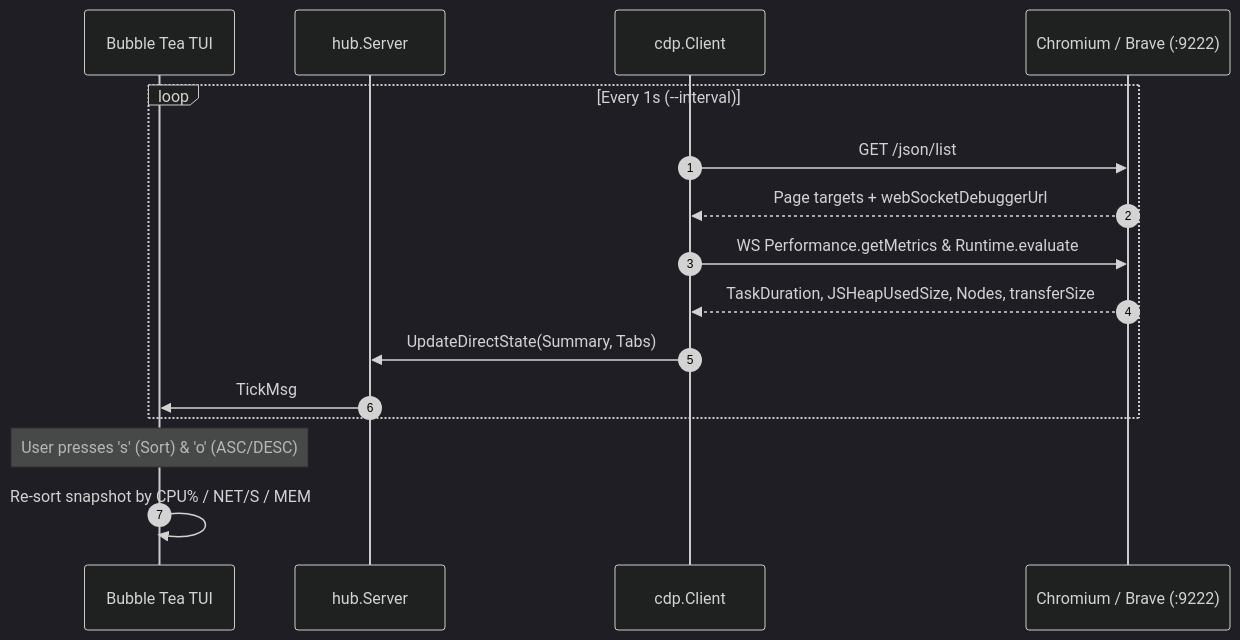
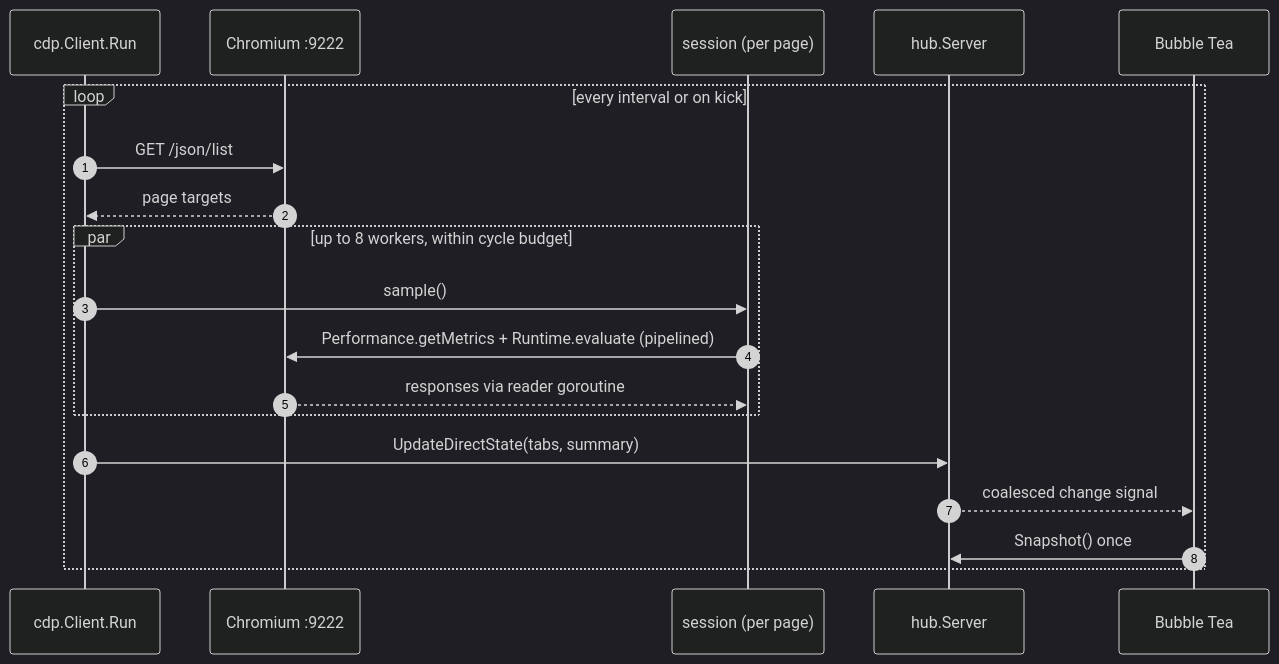
Before and after one commit to cumulus13/chrometop: the third of 7 diagrams in ARCHITECTURE.md, drawn with Mermaid (dark theme). The commit also changed other lines of this file and 28 other files, not shown here.

````diff
--- a/ARCHITECTURE.md
+++ b/ARCHITECTURE.md
@@ -53,20 +59,22 @@
 ```mermaid
 sequenceDiagram
     autonumber
-    participant TUI as Bubble Tea TUI
+    participant Run as cdp.Client.Run
+    participant Browser as Chromium :9222
+    participant Sess as session (per page)
     participant Hub as hub.Server
-    participant CDP as cdp.Client
-    participant Browser as Chromium / Brave (:9222)
+    participant UI as Bubble Tea
 
-    loop Every 1s (--interval)
-        CDP->>Browser: GET /json/list
-        Browser-->>CDP: Page targets + webSocketDebuggerUrl
-        CDP->>Browser: WS Performance.getMetrics & Runtime.evaluate
-        Browser-->>CDP: TaskDuration, JSHeapUsedSize, Nodes, transferSize
-        CDP->>Hub: UpdateDirectState(Summary, Tabs)
-        Hub->>TUI: TickMsg
+    loop every interval or on kick
+        Run->>Browser: GET /json/list
+        Browser-->>Run: page targets
+        par up to 8 workers, within cycle budget
+            Run->>Sess: sample()
+            Sess->>Browser: Performance.getMetrics + Runtime.evaluate (pipelined)
+            Browser-->>Sess: responses via reader goroutine
+        end
+        Run->>Hub: UpdateDirectState(tabs, summary)
+        Hub-->>UI: coalesced change signal
+        UI->>Hub: Snapshot() once
     end
-
-    Note over TUI: User presses 's' (Sort) & 'o' (ASC/DESC)
-    TUI->>TUI: Re-sort snapshot by CPU% / NET/S / MEM
 ```
````
